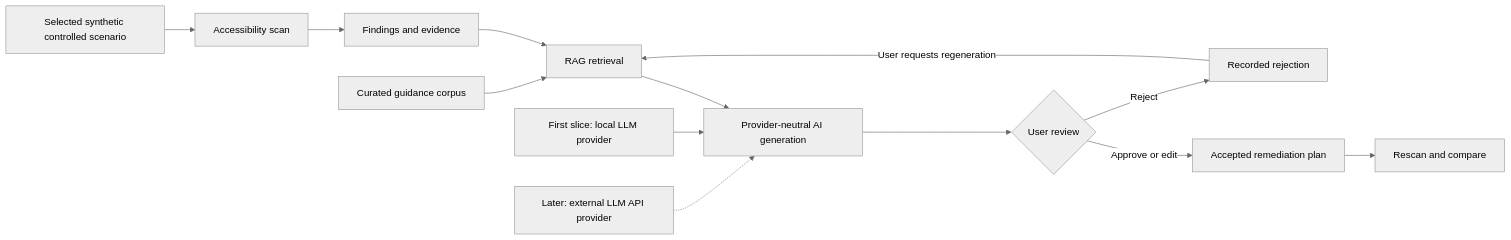
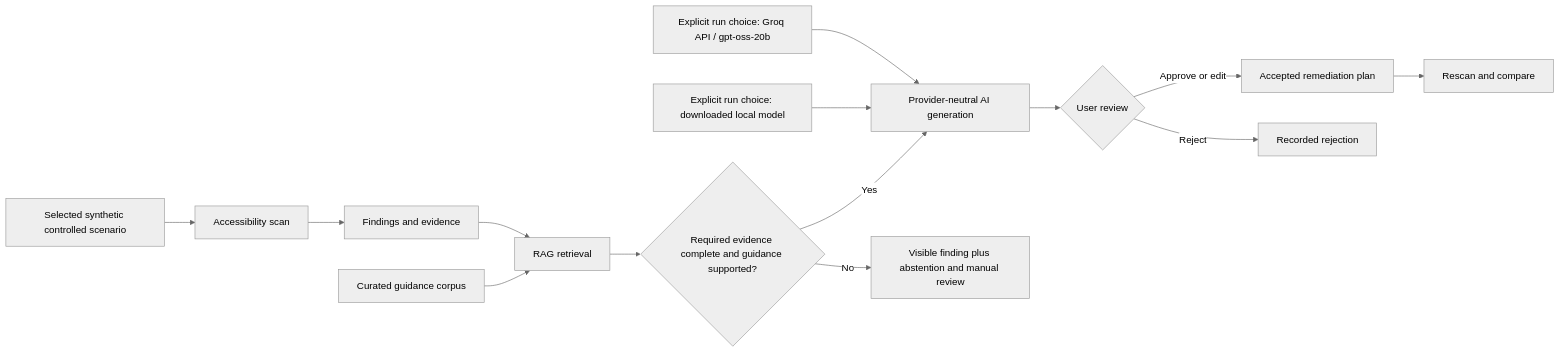
One commit to mmjosedaniel/a11y-evidence-lab changed the diagram in docs/PROJECT_CONCEPT.md. Above: the diagram before and after it, drawn with Mermaid (neutral theme). The commit also changed other lines of this file and 48 other files, not shown here.

Commit message:
docs: extend planning architecture baseline

````diff
--- a/docs/PROJECT_CONCEPT.md
+++ b/docs/PROJECT_CONCEPT.md
@@ -19,15 +19,16 @@
 ```mermaid
 flowchart LR
     A[Selected synthetic controlled scenario] --> B[Accessibility scan]
     B --> C[Findings and evidence]
     D[Curated guidance corpus] --> E[RAG retrieval]
     C --> E
-    E --> F[Provider-neutral AI generation]
-    K[First slice: local LLM provider] --> F
-    L[Later: external LLM API provider] -.-> F
+    E --> M{Required evidence complete and guidance supported?}
+    M -->|Yes| F[Provider-neutral AI generation]
+    M -->|No| N[Visible finding plus abstention and manual review]
+    K[Explicit run choice: downloaded local model] --> F
+    L[Explicit run choice: Groq API / gpt-oss-20b] --> F
     F --> G{User review}
     G -->|Approve or edit| H[Accepted remediation plan]
     G -->|Reject| I[Recorded rejection]
-    I -->|User requests regeneration| E
     H --> J[Rescan and compare]
 ```
````
